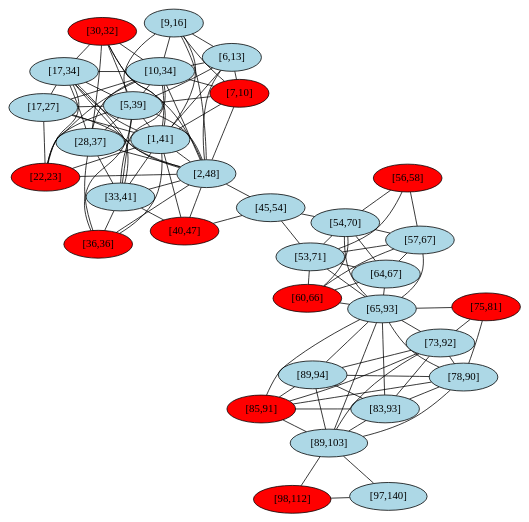
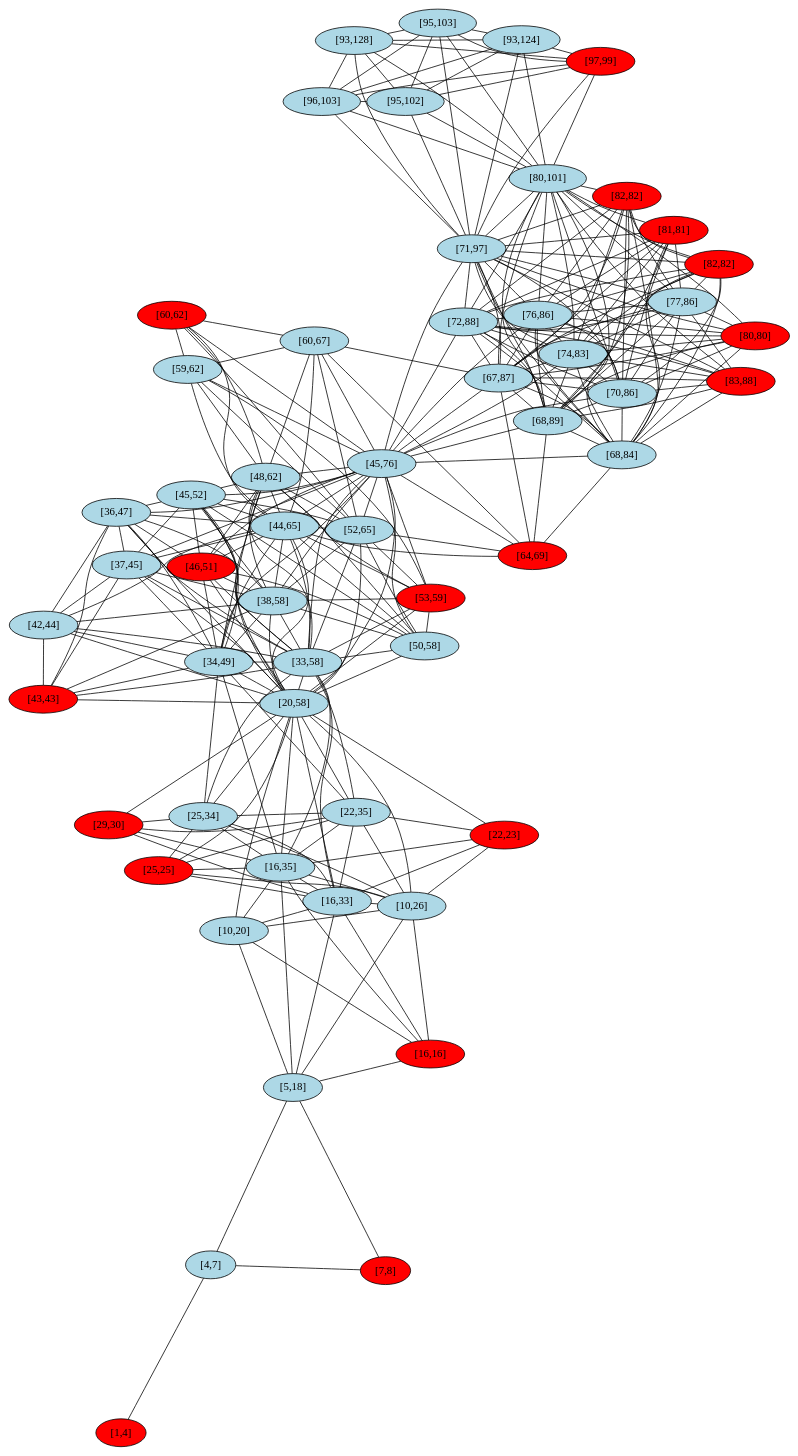
The diagram in intervallumgraf.dot (atotgerman/DUE_Fscharp), drawn with Graphviz before and after one commit. The commit also changed 2 other files, not shown here.

```diff
--- a/intervallumgraf.dot
+++ b/intervallumgraf.dot
@@ -2,146 +2,359 @@
   layout=neato;
   overlap=false;
   splines=true;
-  1 [label="[17,27]", style=filled, fillcolor=lightblue];
-  2 [label="[2,48]", style=filled, fillcolor=lightblue];
-  3 [label="[97,140]", style=filled, fillcolor=lightblue];
-  4 [label="[6,13]", style=filled, fillcolor=lightblue];
-  5 [label="[64,67]", style=filled, fillcolor=lightblue];
-  6 [label="[5,39]", style=filled, fillcolor=lightblue];
-  7 [label="[78,90]", style=filled, fillcolor=lightblue];
-  8 [label="[53,71]", style=filled, fillcolor=lightblue];
-  9 [label="[65,93]", style=filled, fillcolor=lightblue];
-  10 [label="[22,23]", style=filled, fillcolor=red];
-  11 [label="[60,66]", style=filled, fillcolor=red];
-  12 [label="[1,41]", style=filled, fillcolor=lightblue];
-  13 [label="[54,70]", style=filled, fillcolor=lightblue];
-  14 [label="[83,93]", style=filled, fillcolor=lightblue];
-  15 [label="[7,10]", style=filled, fillcolor=red];
-  16 [label="[10,34]", style=filled, fillcolor=lightblue];
-  17 [label="[36,36]", style=filled, fillcolor=red];
-  18 [label="[9,16]", style=filled, fillcolor=lightblue];
-  19 [label="[85,91]", style=filled, fillcolor=red];
-  20 [label="[28,37]", style=filled, fillcolor=lightblue];
-  21 [label="[33,41]", style=filled, fillcolor=lightblue];
-  22 [label="[98,112]", style=filled, fillcolor=red];
-  23 [label="[56,58]", style=filled, fillcolor=red];
-  24 [label="[89,94]", style=filled, fillcolor=lightblue];
-  25 [label="[30,32]", style=filled, fillcolor=red];
-  26 [label="[40,47]", style=filled, fillcolor=red];
-  27 [label="[57,67]", style=filled, fillcolor=lightblue];
-  28 [label="[17,34]", style=filled, fillcolor=lightblue];
-  29 [label="[73,92]", style=filled, fillcolor=lightblue];
-  30 [label="[75,81]", style=filled, fillcolor=red];
-  31 [label="[89,103]", style=filled, fillcolor=lightblue];
-  32 [label="[45,54]", style=filled, fillcolor=lightblue];
-  1 -- 2;
-  1 -- 6;
-  1 -- 10;
-  1 -- 12;
+  1 [label="[72,88]", style=filled, fillcolor=lightblue];
+  2 [label="[10,26]", style=filled, fillcolor=lightblue];
+  3 [label="[64,69]", style=filled, fillcolor=red];
+  4 [label="[29,30]", style=filled, fillcolor=red];
+  5 [label="[22,35]", style=filled, fillcolor=lightblue];
+  6 [label="[42,44]", style=filled, fillcolor=lightblue];
+  7 [label="[4,7]", style=filled, fillcolor=lightblue];
+  8 [label="[67,87]", style=filled, fillcolor=lightblue];
+  9 [label="[43,43]", style=filled, fillcolor=red];
+  10 [label="[25,34]", style=filled, fillcolor=lightblue];
+  11 [label="[77,86]", style=filled, fillcolor=lightblue];
+  12 [label="[96,103]", style=filled, fillcolor=lightblue];
+  13 [label="[97,99]", style=filled, fillcolor=red];
+  14 [label="[68,89]", style=filled, fillcolor=lightblue];
+  15 [label="[20,58]", style=filled, fillcolor=lightblue];
+  16 [label="[83,88]", style=filled, fillcolor=red];
+  17 [label="[33,58]", style=filled, fillcolor=lightblue];
+  18 [label="[45,52]", style=filled, fillcolor=lightblue];
+  19 [label="[71,97]", style=filled, fillcolor=lightblue];
+  20 [label="[16,35]", style=filled, fillcolor=lightblue];
+  21 [label="[25,25]", style=filled, fillcolor=red];
+  22 [label="[46,51]", style=filled, fillcolor=red];
+  23 [label="[37,45]", style=filled, fillcolor=lightblue];
+  24 [label="[76,86]", style=filled, fillcolor=lightblue];
+  25 [label="[60,67]", style=filled, fillcolor=lightblue];
+  26 [label="[38,58]", style=filled, fillcolor=lightblue];
+  27 [label="[74,83]", style=filled, fillcolor=lightblue];
+  28 [label="[16,33]", style=filled, fillcolor=lightblue];
+  29 [label="[1,4]", style=filled, fillcolor=red];
+  30 [label="[68,84]", style=filled, fillcolor=lightblue];
+  31 [label="[34,49]", style=filled, fillcolor=lightblue];
+  32 [label="[59,62]", style=filled, fillcolor=lightblue];
+  33 [label="[45,76]", style=filled, fillcolor=lightblue];
+  34 [label="[81,81]", style=filled, fillcolor=red];
+  35 [label="[93,124]", style=filled, fillcolor=lightblue];
+  36 [label="[7,8]", style=filled, fillcolor=red];
+  37 [label="[82,82]", style=filled, fillcolor=red];
+  38 [label="[22,23]", style=filled, fillcolor=red];
+  39 [label="[44,65]", style=filled, fillcolor=lightblue];
+  40 [label="[36,47]", style=filled, fillcolor=lightblue];
+  41 [label="[52,65]", style=filled, fillcolor=lightblue];
+  42 [label="[93,128]", style=filled, fillcolor=lightblue];
+  43 [label="[10,20]", style=filled, fillcolor=lightblue];
+  44 [label="[16,16]", style=filled, fillcolor=red];
+  45 [label="[80,80]", style=filled, fillcolor=red];
+  46 [label="[48,62]", style=filled, fillcolor=lightblue];
+  47 [label="[5,18]", style=filled, fillcolor=lightblue];
+  48 [label="[50,58]", style=filled, fillcolor=lightblue];
+  49 [label="[60,62]", style=filled, fillcolor=red];
+  50 [label="[82,82]", style=filled, fillcolor=red];
+  51 [label="[95,102]", style=filled, fillcolor=lightblue];
+  52 [label="[70,86]", style=filled, fillcolor=lightblue];
+  53 [label="[95,103]", style=filled, fillcolor=lightblue];
+  54 [label="[80,101]", style=filled, fillcolor=lightblue];
+  55 [label="[53,59]", style=filled, fillcolor=red];
+  1 -- 8;
+  1 -- 11;
+  1 -- 14;
   1 -- 16;
-  1 -- 28;
-  2 -- 4;
-  2 -- 6;
+  1 -- 19;
+  1 -- 24;
+  1 -- 27;
+  1 -- 30;
+  1 -- 33;
+  1 -- 34;
+  1 -- 37;
+  1 -- 45;
+  1 -- 50;
+  1 -- 52;
+  1 -- 54;
+  2 -- 5;
   2 -- 10;
-  2 -- 12;
   2 -- 15;
-  2 -- 16;
-  2 -- 17;
-  2 -- 18;
   2 -- 20;
   2 -- 21;
-  2 -- 25;
-  2 -- 26;
   2 -- 28;
-  2 -- 32;
-  3 -- 22;
-  3 -- 31;
-  4 -- 6;
-  4 -- 12;
+  2 -- 38;
+  2 -- 43;
+  2 -- 44;
+  2 -- 47;
+  3 -- 8;
+  3 -- 14;
+  3 -- 25;
+  3 -- 30;
+  3 -- 33;
+  3 -- 39;
+  3 -- 41;
+  4 -- 5;
+  4 -- 10;
   4 -- 15;
-  4 -- 16;
-  4 -- 18;
-  5 -- 8;
-  5 -- 9;
-  5 -- 11;
-  5 -- 13;
-  5 -- 27;
-  6 -- 10;
-  6 -- 12;
+  4 -- 20;
+  4 -- 28;
+  5 -- 10;
+  5 -- 15;
+  5 -- 17;
+  5 -- 20;
+  5 -- 21;
+  5 -- 28;
+  5 -- 31;
+  5 -- 38;
+  6 -- 9;
   6 -- 15;
-  6 -- 16;
   6 -- 17;
-  6 -- 18;
-  6 -- 20;
-  6 -- 21;
-  6 -- 25;
-  6 -- 28;
-  7 -- 9;
-  7 -- 14;
-  7 -- 19;
-  7 -- 24;
+  6 -- 23;
+  6 -- 26;
+  6 -- 31;
+  6 -- 39;
+  6 -- 40;
   7 -- 29;
-  7 -- 30;
-  7 -- 31;
-  8 -- 9;
+  7 -- 36;
+  7 -- 47;
   8 -- 11;
-  8 -- 13;
-  8 -- 23;
+  8 -- 14;
+  8 -- 16;
+  8 -- 19;
+  8 -- 24;
+  8 -- 25;
   8 -- 27;
-  8 -- 32;
-  9 -- 11;
-  9 -- 13;
-  9 -- 14;
-  9 -- 19;
-  9 -- 24;
-  9 -- 27;
-  9 -- 29;
-  9 -- 30;
+  8 -- 30;
+  8 -- 33;
+  8 -- 34;
+  8 -- 37;
+  8 -- 45;
+  8 -- 50;
+  8 -- 52;
+  8 -- 54;
+  9 -- 15;
+  9 -- 17;
+  9 -- 23;
+  9 -- 26;
   9 -- 31;
-  10 -- 12;
-  10 -- 16;
+  9 -- 40;
+  10 -- 15;
+  10 -- 17;
+  10 -- 20;
+  10 -- 21;
   10 -- 28;
-  11 -- 13;
+  10 -- 31;
+  11 -- 14;
+  11 -- 16;
+  11 -- 19;
+  11 -- 24;
   11 -- 27;
-  12 -- 15;
-  12 -- 16;
-  12 -- 17;
-  12 -- 18;
-  12 -- 20;
-  12 -- 21;
-  12 -- 25;
-  12 -- 26;
-  12 -- 28;
-  13 -- 23;
-  13 -- 27;
-  13 -- 32;
+  11 -- 30;
+  11 -- 34;
+  11 -- 37;
+  11 -- 45;
+  11 -- 50;
+  11 -- 52;
+  11 -- 54;
+  12 -- 13;
+  12 -- 19;
+  12 -- 35;
+  12 -- 42;
+  12 -- 51;
+  12 -- 53;
+  12 -- 54;
+  13 -- 19;
+  13 -- 35;
+  13 -- 42;
+  13 -- 51;
+  13 -- 53;
+  13 -- 54;
+  14 -- 16;
   14 -- 19;
   14 -- 24;
-  14 -- 29;
-  14 -- 31;
-  15 -- 16;
+  14 -- 27;
+  14 -- 30;
+  14 -- 33;
+  14 -- 34;
+  14 -- 37;
+  14 -- 45;
+  14 -- 50;
+  14 -- 52;
+  14 -- 54;
+  15 -- 17;
   15 -- 18;
-  16 -- 18;
-  16 -- 20;
-  16 -- 21;
-  16 -- 25;
-  16 -- 28;
+  15 -- 20;
+  15 -- 21;
+  15 -- 22;
+  15 -- 23;
+  15 -- 26;
+  15 -- 28;
+  15 -- 31;
+  15 -- 33;
+  15 -- 38;
+  15 -- 39;
+  15 -- 40;
+  15 -- 41;
+  15 -- 43;
+  15 -- 46;
+  15 -- 48;
+  15 -- 55;
+  16 -- 19;
+  16 -- 24;
+  16 -- 27;
+  16 -- 30;
+  16 -- 52;
+  16 -- 54;
+  17 -- 18;
   17 -- 20;
-  17 -- 21;
+  17 -- 22;
+  17 -- 23;
+  17 -- 26;
+  17 -- 28;
+  17 -- 31;
+  17 -- 33;
+  17 -- 39;
+  17 -- 40;
+  17 -- 41;
+  17 -- 46;
+  17 -- 48;
+  17 -- 55;
+  18 -- 22;
+  18 -- 23;
+  18 -- 26;
+  18 -- 31;
+  18 -- 33;
+  18 -- 39;
+  18 -- 40;
+  18 -- 41;
+  18 -- 46;
+  18 -- 48;
   19 -- 24;
-  19 -- 29;
-  19 -- 31;
+  19 -- 27;
+  19 -- 30;
+  19 -- 33;
+  19 -- 34;
+  19 -- 35;
+  19 -- 37;
+  19 -- 42;
+  19 -- 45;
+  19 -- 50;
+  19 -- 51;
+  19 -- 52;
+  19 -- 53;
+  19 -- 54;
   20 -- 21;
-  20 -- 25;
   20 -- 28;
-  21 -- 26;
+  20 -- 31;
+  20 -- 38;
+  20 -- 43;
+  20 -- 44;
+  20 -- 47;
   21 -- 28;
+  22 -- 26;
   22 -- 31;
-  23 -- 27;
-  24 -- 29;
-  24 -- 31;
-  25 -- 28;
-  26 -- 32;
-  29 -- 30;
-  29 -- 31;
+  22 -- 33;
+  22 -- 39;
+  22 -- 40;
+  22 -- 46;
+  22 -- 48;
+  23 -- 26;
+  23 -- 31;
+  23 -- 33;
+  23 -- 39;
+  23 -- 40;
+  24 -- 27;
+  24 -- 30;
+  24 -- 33;
+  24 -- 34;
+  24 -- 37;
+  24 -- 45;
+  24 -- 50;
+  24 -- 52;
+  24 -- 54;
+  25 -- 32;
+  25 -- 33;
+  25 -- 39;
+  25 -- 41;
+  25 -- 46;
+  25 -- 49;
+  26 -- 31;
+  26 -- 33;
+  26 -- 39;
+  26 -- 40;
+  26 -- 41;
+  26 -- 46;
+  26 -- 48;
+  26 -- 55;
+  27 -- 30;
+  27 -- 33;
+  27 -- 34;
+  27 -- 37;
+  27 -- 45;
+  27 -- 50;
+  27 -- 52;
+  27 -- 54;
+  28 -- 38;
+  28 -- 43;
+  28 -- 44;
+  28 -- 47;
+  30 -- 33;
+  30 -- 34;
+  30 -- 37;
+  30 -- 45;
+  30 -- 50;
+  30 -- 52;
+  30 -- 54;
+  31 -- 33;
+  31 -- 39;
+  31 -- 40;
+  31 -- 46;
+  32 -- 33;
+  32 -- 39;
+  32 -- 41;
+  32 -- 46;
+  32 -- 49;
+  32 -- 55;
+  33 -- 39;
+  33 -- 40;
+  33 -- 41;
+  33 -- 46;
+  33 -- 48;
+  33 -- 49;
+  33 -- 52;
+  33 -- 55;
+  34 -- 52;
+  34 -- 54;
+  35 -- 42;
+  35 -- 51;
+  35 -- 53;
+  35 -- 54;
+  36 -- 47;
+  37 -- 50;
+  37 -- 52;
+  37 -- 54;
+  39 -- 40;
+  39 -- 41;
+  39 -- 46;
+  39 -- 48;
+  39 -- 49;
+  39 -- 55;
+  41 -- 46;
+  41 -- 48;
+  41 -- 49;
+  41 -- 55;
+  42 -- 51;
+  42 -- 53;
+  42 -- 54;
+  43 -- 44;
+  43 -- 47;
+  44 -- 47;
+  45 -- 52;
+  45 -- 54;
+  46 -- 48;
+  46 -- 49;
+  46 -- 55;
+  48 -- 55;
+  50 -- 52;
+  50 -- 54;
+  51 -- 53;
+  51 -- 54;
+  52 -- 54;
+  53 -- 54;
 }
```
